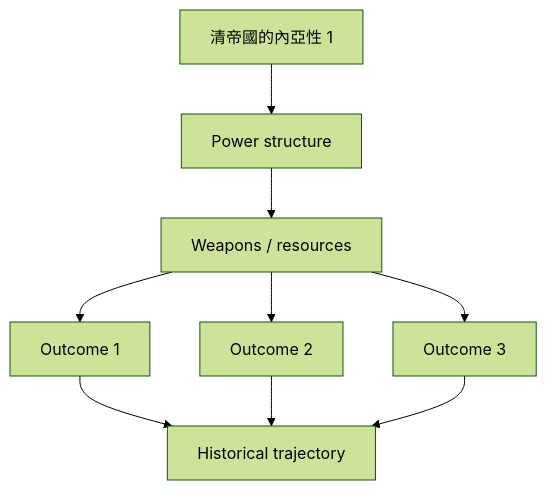
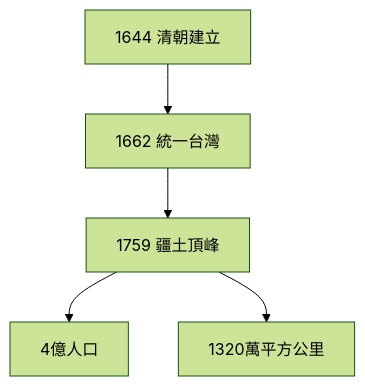
One commit to yip-lgtm/HKU-Harvard-History-Self-Study changed the first of 7 diagrams in 01_HKU_Courses/HIST2127_Qing_China_in_the_World.md. Above: the diagram before and after it, drawn with Mermaid (forest theme). The commit also changed other lines of this file and 48 other files, not shown here.

````diff
--- a/01_HKU_Courses/HIST2127_Qing_China_in_the_World.md
+++ b/01_HKU_Courses/HIST2127_Qing_China_in_the_World.md
@@ -111,11 +88,7 @@
 ```mermaid
-graph TD
-    A[清帝國的內亞性 1] --> B[Power structure]
-    B --> C[Weapons / resources]
-    C --> D[Outcome 1]
-    C --> E[Outcome 2]
-    C --> F[Outcome 3]
-    D --> G[Historical trajectory]
-    E --> G
-    F --> G
+flowchart TD
+    A[1644 清朝建立] --> B[1662 統一台灣]
+    B --> C[1759 疆土頂峰]
+    C --> D[4億人口]
+    C --> E[1320萬平方公里]
 ```
````
